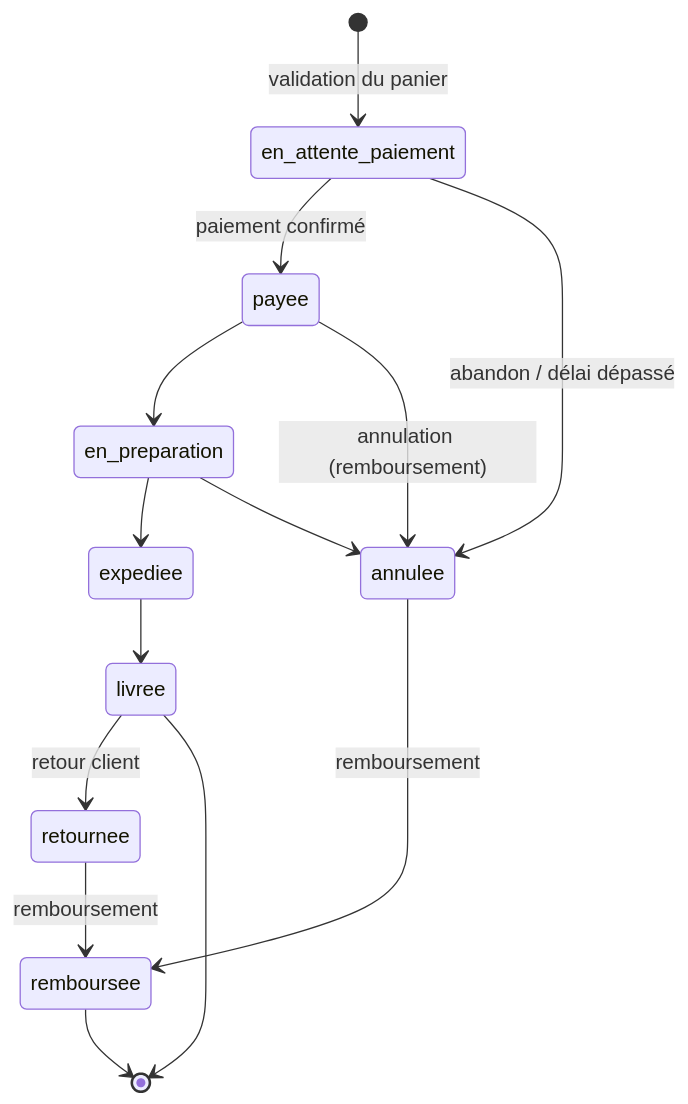
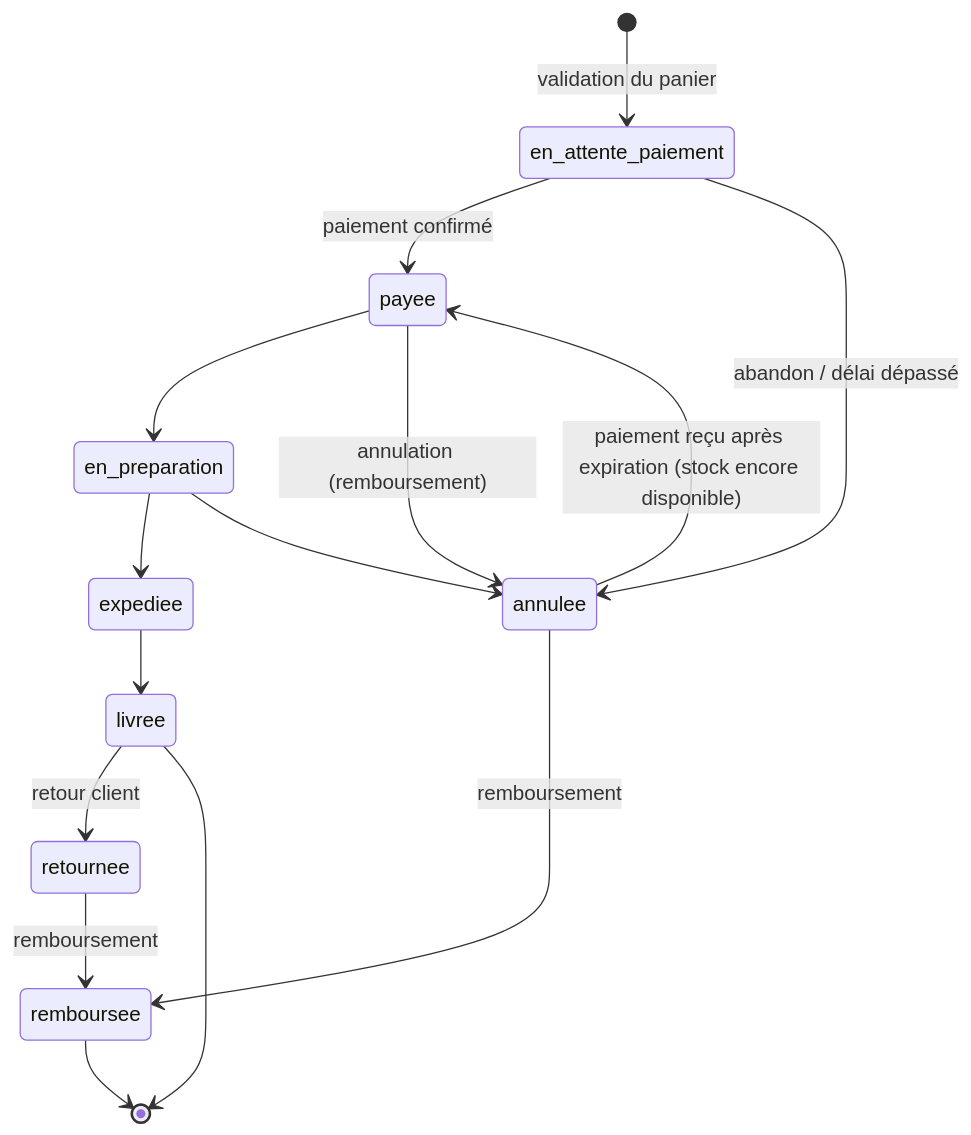
The second of 2 diagrams in docs/architecture/database-schema.md (mikhawa/instruments), drawn with Mermaid before and after one commit. The commit also changed other lines of this file and 82 other files, not shown here.

````diff
--- a/docs/architecture/database-schema.md
+++ b/docs/architecture/database-schema.md
@@ -291,16 +341,17 @@
 ```mermaid
 stateDiagram-v2
     [*] --> en_attente_paiement : validation du panier
     en_attente_paiement --> payee : paiement confirmé
     en_attente_paiement --> annulee : abandon / délai dépassé
+    annulee --> payee : paiement reçu après expiration (stock encore disponible)
     payee --> en_preparation
     en_preparation --> expediee
     expediee --> livree
     payee --> annulee : annulation (remboursement)
     en_preparation --> annulee
     livree --> retournee : retour client
     annulee --> remboursee : remboursement
     retournee --> remboursee : remboursement
     livree --> [*]
     remboursee --> [*]
 ```
````
